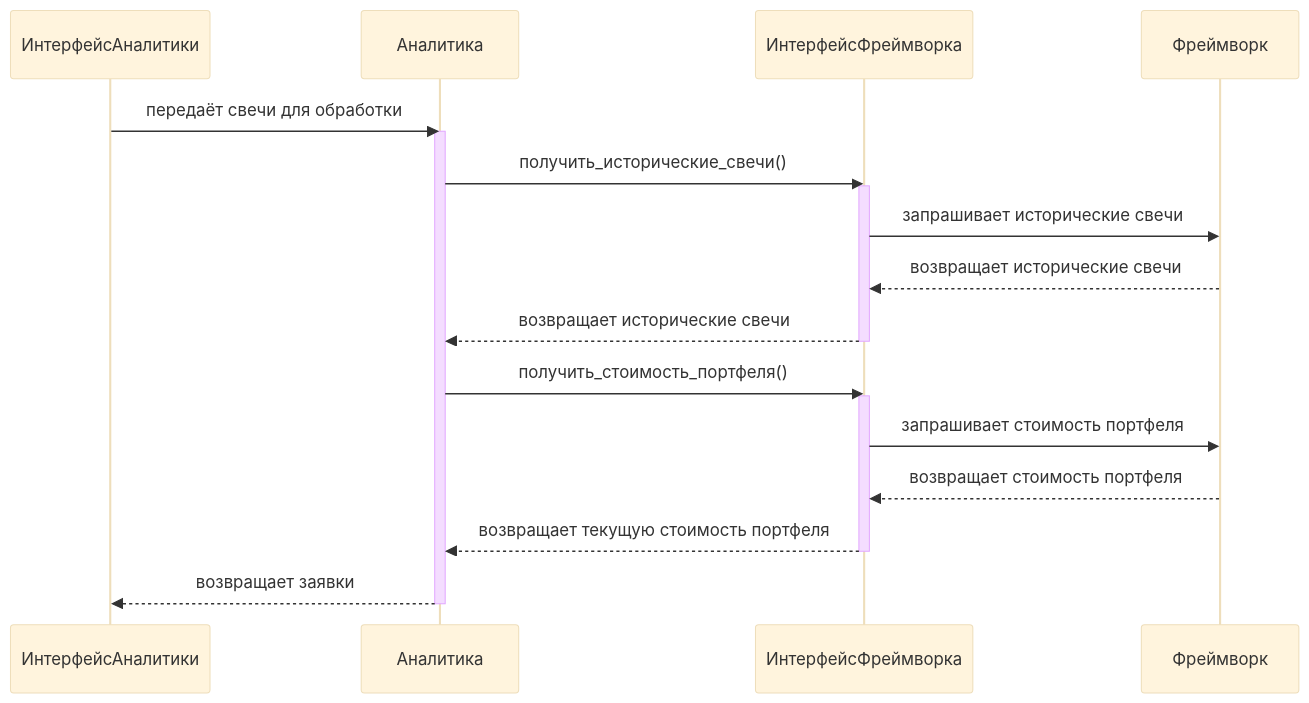
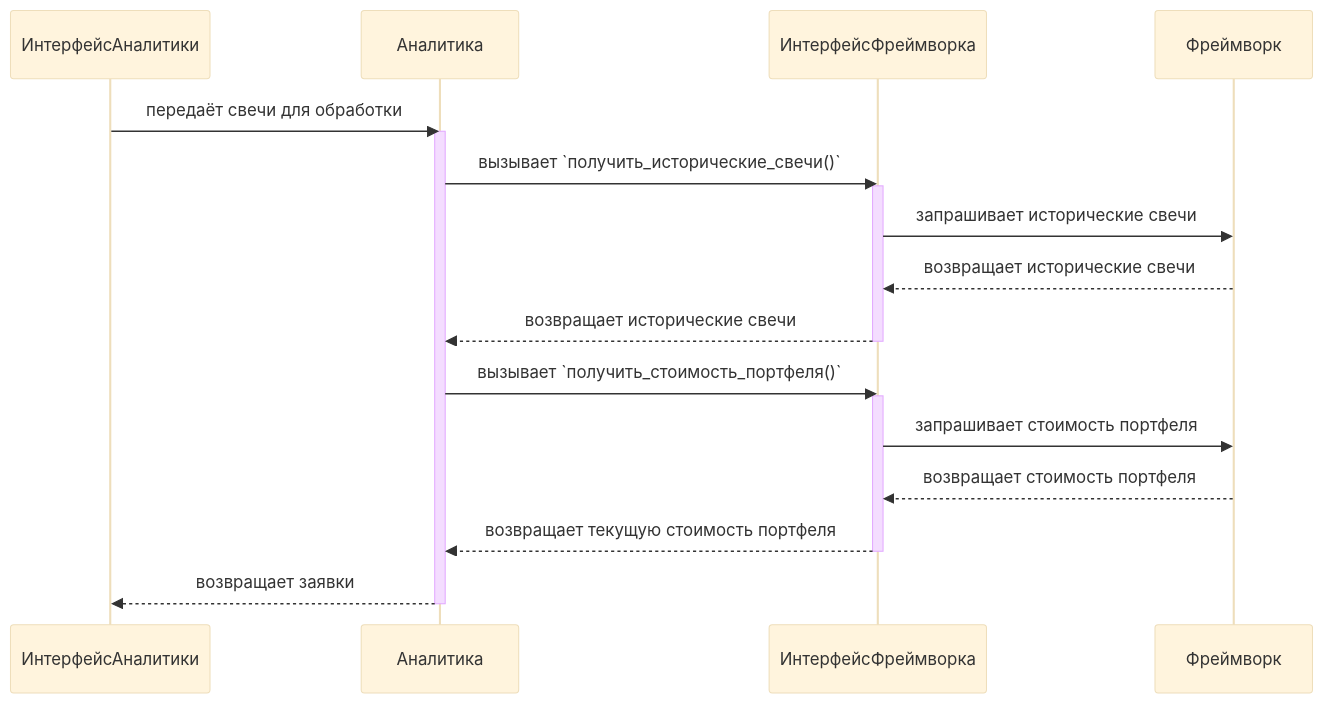
Before and after one commit to Marat22/MiriadRobotDocs: the fourth of 13 diagrams in controller-logic.md, drawn with Mermaid (base theme). The commit also changed other lines of this file, not shown here.

Commit message:
Make funcs calling in sequenceDiagrams more explicit

````diff
--- a/controller-logic.md
+++ b/controller-logic.md
@@ -174,19 +174,19 @@
 ```mermaid
 sequenceDiagram
     ИнтерфейсАналитики->>Аналитика: передаёт свечи для обработки
     activate Аналитика
-    Аналитика->>ИнтерфейсФреймворка: получить_исторические_свечи()
+    Аналитика->>ИнтерфейсФреймворка: вызывает `получить_исторические_свечи()`
     activate ИнтерфейсФреймворка
     ИнтерфейсФреймворка->>Фреймворк: запрашивает исторические свечи
     Фреймворк-->>ИнтерфейсФреймворка: возвращает исторические свечи
     ИнтерфейсФреймворка-->>Аналитика: возвращает исторические свечи
     deactivate ИнтерфейсФреймворка
-    Аналитика->>ИнтерфейсФреймворка: получить_стоимость_портфеля()
+    Аналитика->>ИнтерфейсФреймворка: вызывает `получить_стоимость_портфеля()`
     activate ИнтерфейсФреймворка
     ИнтерфейсФреймворка->>Фреймворк: запрашивает стоимость портфеля
     Фреймворк-->>ИнтерфейсФреймворка: возвращает стоимость портфеля
     ИнтерфейсФреймворка-->>Аналитика: возвращает текущую стоимость портфеля
     deactivate ИнтерфейсФреймворка
     Аналитика-->>ИнтерфейсАналитики: возвращает заявки
     deactivate Аналитика
 ```
````
